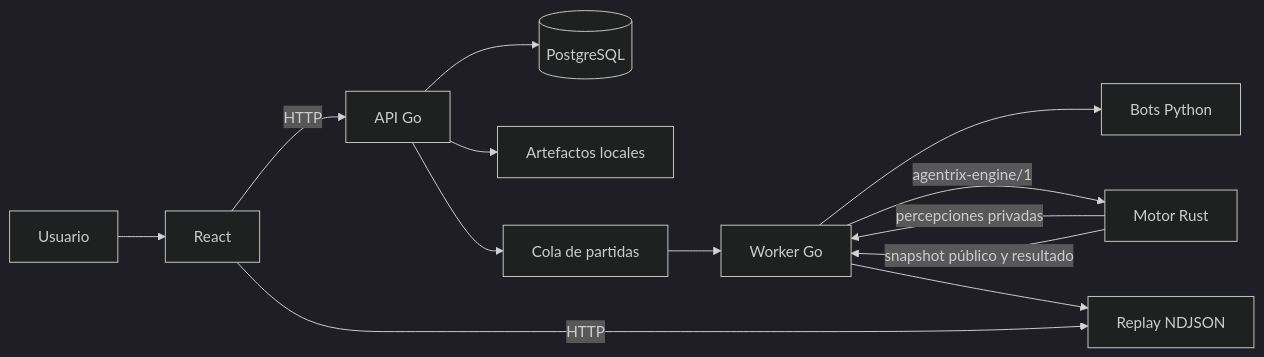
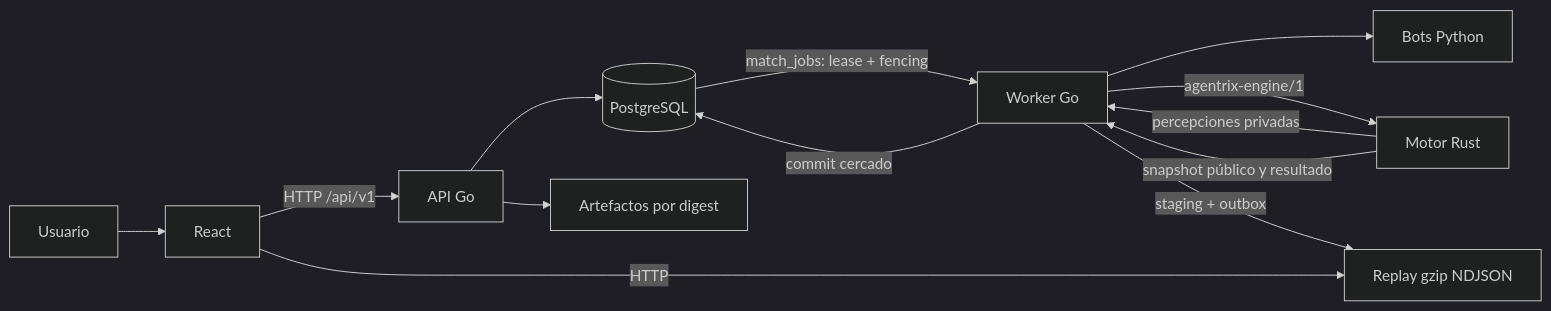
One commit to Agentrix-Group/Agentrix changed the diagram in docs/architecture/overview.md. Above: the diagram before and after it, drawn with Mermaid (dark theme). The commit also changed other lines of this file and 345 other files, not shown here.

````diff
--- a/docs/architecture/overview.md
+++ b/docs/architecture/overview.md
@@ -10,15 +10,15 @@
 ```mermaid
 flowchart LR
     U[Usuario] --> W[React]
-    W -->|HTTP| A[API Go]
+    W -->|HTTP /api/v1| A[API Go]
     A --> P[(PostgreSQL)]
-    A --> O[Artefactos locales]
-    A --> Q[Cola de partidas]
-    Q --> X[Worker Go]
+    A --> O[Artefactos por digest]
+    P -->|match_jobs: lease + fencing| X[Worker Go]
     X --> B[Bots Python]
     X -->|agentrix-engine/1| E[Motor Rust]
     E -->|percepciones privadas| X
     E -->|snapshot público y resultado| X
-    X --> R[Replay NDJSON]
+    X -->|staging + outbox| R[Replay gzip NDJSON]
+    X -->|commit cercado| P
     W -->|HTTP| R
 ```
````
